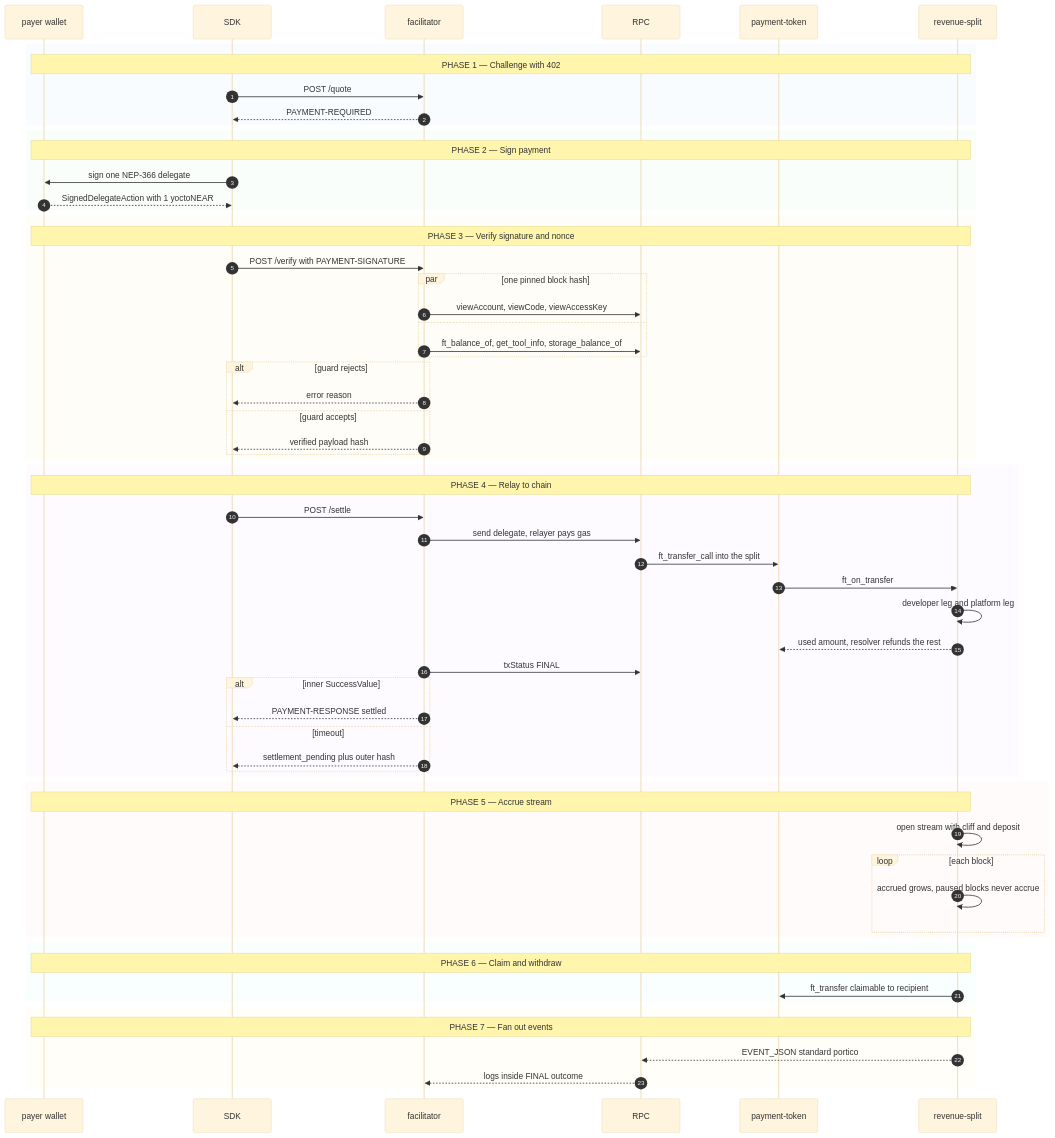
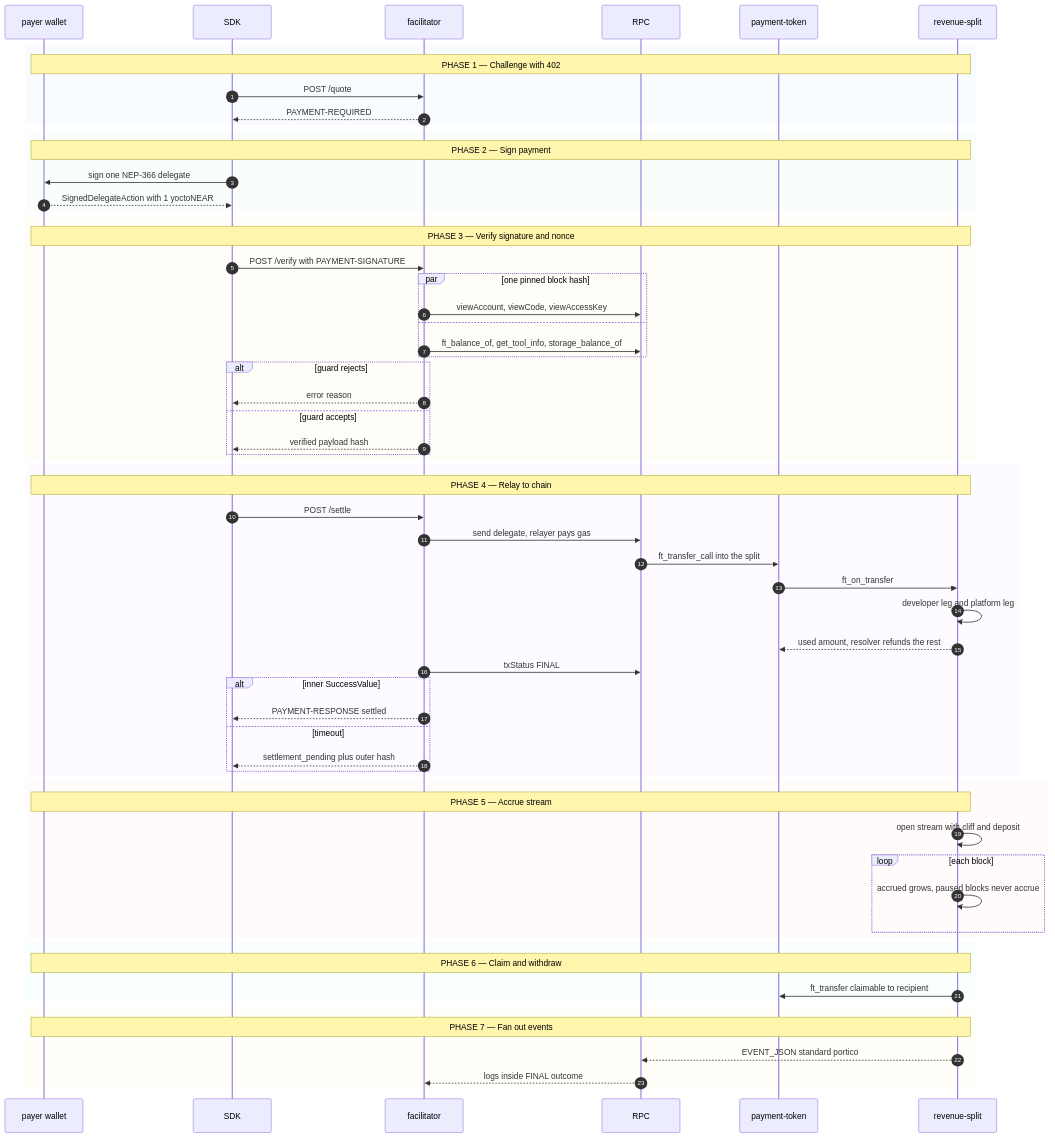
The diagram in README.md (skthnr/paid-api-payment-rail), drawn with Mermaid before and after one commit.

Commit message:
docs(portico): let diagram follow the reader theme

````diff
--- a/README.md
+++ b/README.md
@@ -5,68 +5,67 @@
 ```mermaid
-%%{init: {"theme":"base","themeVariables":{"fontSize":"14px"}}}%%
 sequenceDiagram
     accTitle: portico runtime flow
     accDescr: Payer wallet, SDK, facilitator, RPC and contracts settle one gasless x402 payment and accrue stream.
     autonumber
     participant W as payer wallet
     participant S as SDK
     participant F as facilitator
     participant R as RPC
     participant T as payment-token
     participant V as revenue-split
     rect rgba(226,238,255,0.20)
     Note over W,V: PHASE 1 — Challenge with 402
     S->>F: POST /quote
     F-->>S: PAYMENT-REQUIRED
     end
     rect rgba(230,247,235,0.20)
     Note over W,V: PHASE 2 — Sign payment
     S->>W: sign one NEP-366 delegate
     W-->>S: SignedDelegateAction with 1 yoctoNEAR
     end
     rect rgba(255,244,214,0.20)
     Note over W,V: PHASE 3 — Verify signature and nonce
     S->>F: POST /verify with PAYMENT-SIGNATURE
     par one pinned block hash
     F->>R: viewAccount, viewCode, viewAccessKey
     and
     F->>R: ft_balance_of, get_tool_info, storage_balance_of
     end
     alt guard rejects
     F-->>S: error reason
     else guard accepts
     F-->>S: verified payload hash
     end
     end
     rect rgba(243,232,255,0.20)
     Note over W,V: PHASE 4 — Relay to chain
     S->>F: POST /settle
     F->>R: send delegate, relayer pays gas
     R->>T: ft_transfer_call into the split
     T->>V: ft_on_transfer
     V->>V: developer leg and platform leg
     V-->>T: used amount, resolver refunds the rest
     F->>R: txStatus FINAL
     alt inner SuccessValue
     F-->>S: PAYMENT-RESPONSE settled
     else timeout
     F-->>S: settlement_pending plus outer hash
     end
     end
     rect rgba(255,232,232,0.20)
     Note over W,V: PHASE 5 — Accrue stream
     V->>V: open stream with cliff and deposit
     loop each block
     V->>V: accrued grows, paused blocks never accrue
     end
     end
     rect rgba(224,247,250,0.20)
     Note over W,V: PHASE 6 — Claim and withdraw
     V->>T: ft_transfer claimable to recipient
     end
     rect rgba(255,248,225,0.20)
     Note over W,V: PHASE 7 — Fan out events
     V-->>R: EVENT_JSON standard portico
     R-->>F: logs inside FINAL outcome
     end
 ```
````
